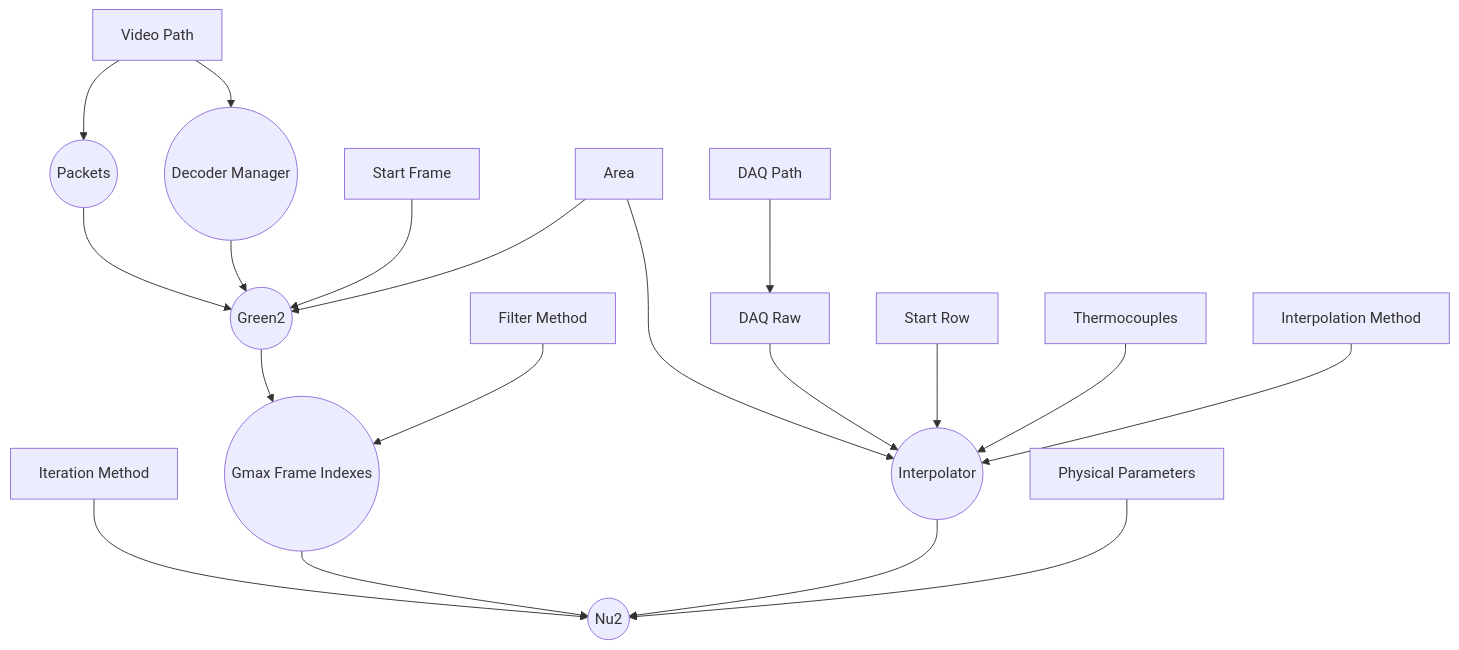
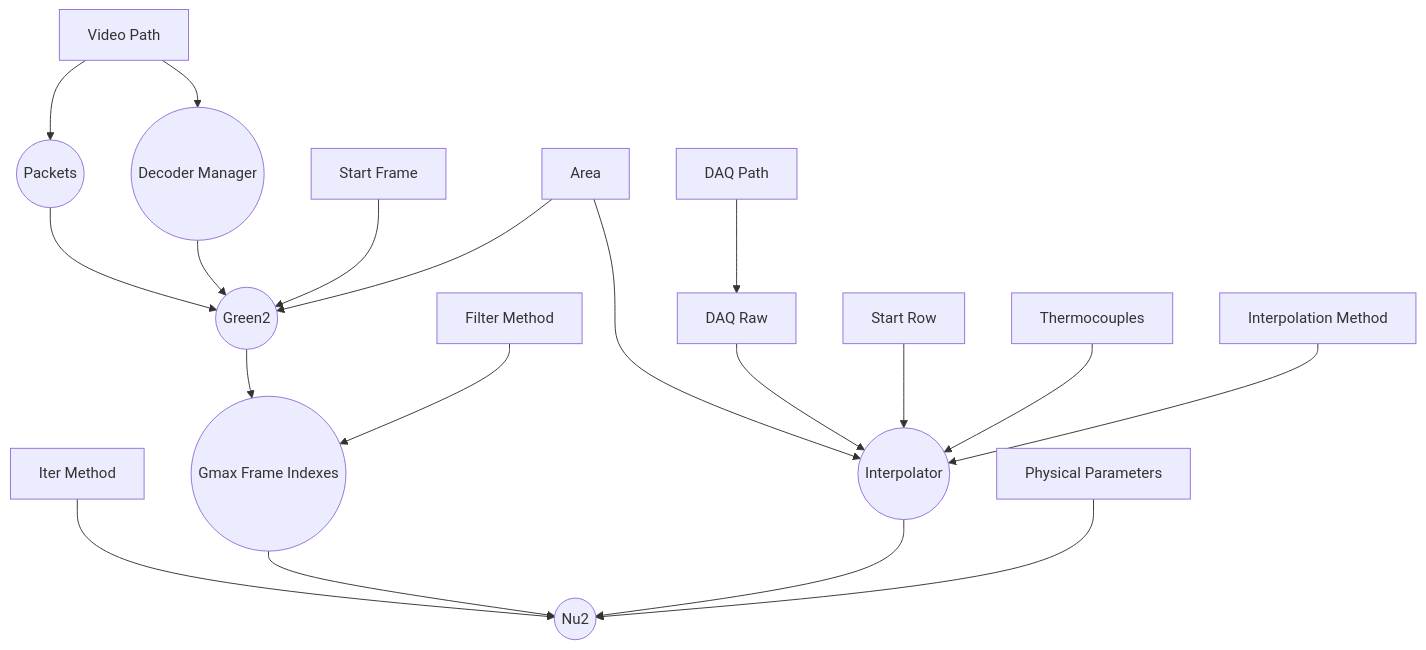
The first of 2 diagrams in README.md (starpact/tlc), drawn with Mermaid before and after one commit. The commit also changed other lines of this file and 5 other files, not shown here.

````diff
--- a/README.md
+++ b/README.md
@@ -66,21 +38,21 @@
 ```mermaid
 flowchart
     video_path[Video Path] --> packets((Packets))
     video_path --> decoder_manager((Decoder Manager))
     packets --> green2((Green2))
     decoder_manager --> green2
     start_frame[Start Frame] --> green2
     area[Area] --> green2
     area --> interpolator
     green2 --> gmax_frame_indexes((Gmax Frame Indexes))
     daq_path[DAQ Path] --> daq_raw[DAQ Raw]
     daq_raw --> interpolator
     start_row[Start Row] --> interpolator
     thermocouples[Thermocouples] --> interpolator((Interpolator))
     interp_method[Interpolation Method] --> interpolator
     filter_method[Filter Method] --> gmax_frame_indexes
-    iteration_method[Iteration Method] --> nu2((Nu2))
+    iter_method[Iter Method] --> nu2((Nu2))
     gmax_frame_indexes --> nu2
     interpolator --> nu2
     physical_param[Physical Parameters] --> nu2
 ```
````
